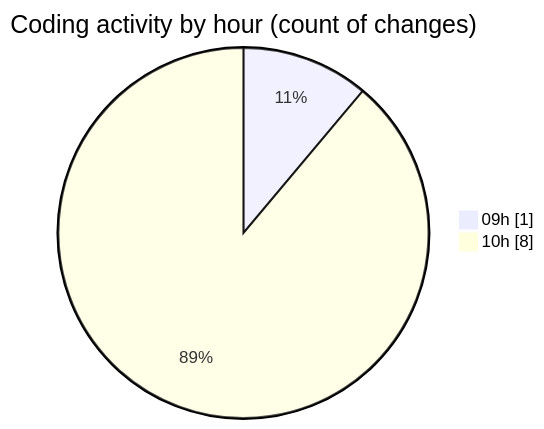
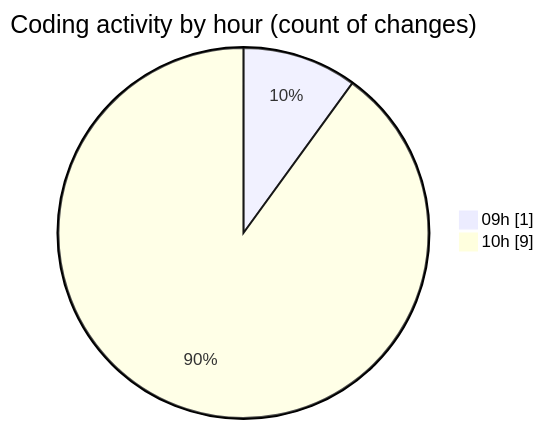
One commit to LanceThiago/code-tracking changed the second of 2 diagrams in 2026-08-25/jogo/README.md. Above: the diagram before and after it, drawn with Mermaid. The commit also changed other lines of this file and 1 other file, not shown here.

````diff
--- a/2026-08-25/jogo/README.md
+++ b/2026-08-25/jogo/README.md
@@ -29,6 +29,6 @@
 ```mermaid
 pie showData
 title Coding activity by hour (count of changes)
 "09h" : 1
-"10h" : 8
+"10h" : 9
 ```
````
